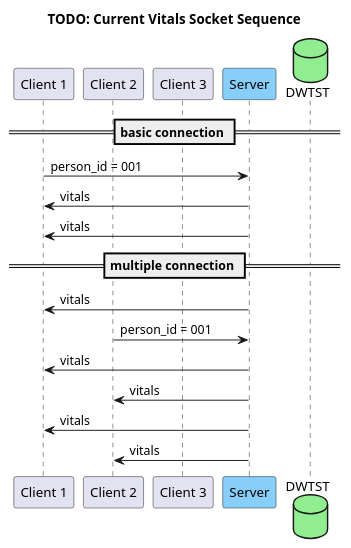
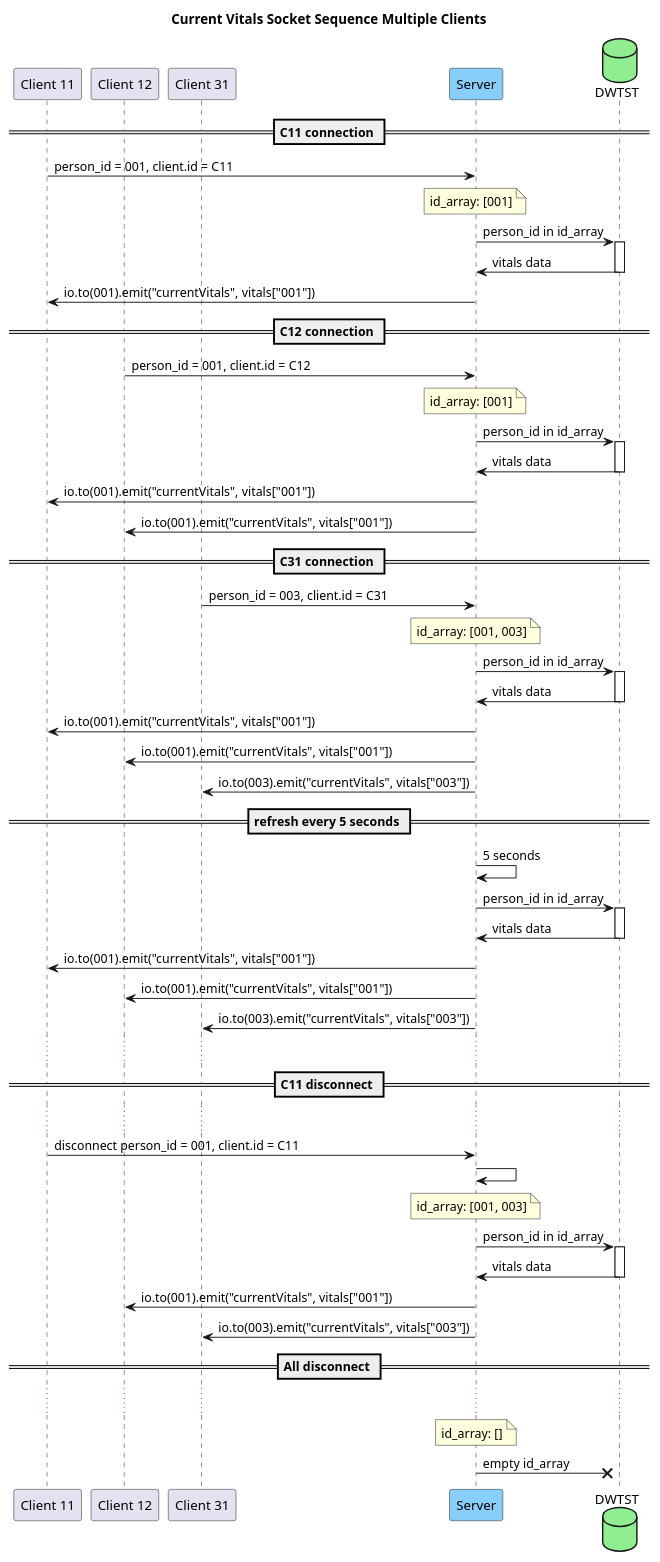
Before and after one commit to TwistTRL/nodejs-twist-api: the diagram in assets/socket/current-vitals-sequence.iuml, drawn with PlantUML. The commit also changed 8 other files, not shown here.

Commit message:
adjusted notes api and current vitals api

```diff
--- a/assets/socket/current-vitals-sequence.iuml
+++ b/assets/socket/current-vitals-sequence.iuml
@@ -1,24 +1,72 @@
 @startuml sequence
-title TODO: Current Vitals Socket Sequence
+title Current Vitals Socket Sequence Multiple Clients
 
-participant "Client 1" as C1
-participant "Client 2" as C2
-participant "Client 3" as C3
+participant "Client 11" as C1
+participant "Client 12" as C2
+participant "Client 31" as C3
 participant "Server" as SR #LightSkyBlue
 database "DWTST" as DWTST #LightGreen
 
-== basic connection ==
-C1 -> SR : person_id = 001
-SR -> C1 : vitals
-SR -> C1 : vitals
+== C11 connection ==
+C1 -> SR : person_id = 001, client.id = C11
+note over SR : id_array: [001]
+SR -> DWTST : person_id in id_array
+activate DWTST
+DWTST -> SR : vitals data
+deactivate DWTST
+SR -> C1 : io.to(001).emit("currentVitals", vitals["001"])
 
-== multiple connection ==
-SR -> C1 : vitals
-C2 -> SR : person_id = 001
-SR -> C1 : vitals
-SR -> C2 : vitals
-SR -> C1 : vitals
-SR -> C2 : vitals
+== C12 connection ==
+C2 -> SR : person_id = 001, client.id = C12
+note over SR : id_array: [001]
+SR -> DWTST : person_id in id_array
+activate DWTST
+DWTST -> SR : vitals data
+deactivate DWTST
+SR -> C1 : io.to(001).emit("currentVitals", vitals["001"])
+SR -> C2 : io.to(001).emit("currentVitals", vitals["001"])
+
+== C31 connection ==
+C3 -> SR : person_id = 003, client.id = C31
+note over SR : id_array: [001, 003]
+SR -> DWTST : person_id in id_array
+activate DWTST
+DWTST -> SR : vitals data
+deactivate DWTST
+SR -> C1 : io.to(001).emit("currentVitals", vitals["001"])
+SR -> C2 : io.to(001).emit("currentVitals", vitals["001"])
+SR -> C3 : io.to(003).emit("currentVitals", vitals["003"])
+
+
+== refresh every 5 seconds ==
+SR -> SR : 5 seconds
+SR -> DWTST : person_id in id_array
+activate DWTST
+DWTST -> SR : vitals data
+deactivate DWTST
+SR -> C1 : io.to(001).emit("currentVitals", vitals["001"])
+SR -> C2 : io.to(001).emit("currentVitals", vitals["001"])
+SR -> C3 : io.to(003).emit("currentVitals", vitals["003"])
+...
+
+== C11 disconnect ==
+...
+C1 -> SR : disconnect person_id = 001, client.id = C11
+SR -> SR
+note over SR : id_array: [001, 003]
+SR -> DWTST : person_id in id_array
+activate DWTST
+DWTST -> SR : vitals data
+deactivate DWTST
+SR -> C2 : io.to(001).emit("currentVitals", vitals["001"])
+SR -> C3 : io.to(003).emit("currentVitals", vitals["003"])
+
+== All disconnect ==
+...
+note over SR : id_array: []
+SR ->x DWTST : empty id_array
+
+
 
 
 @enduml
```
